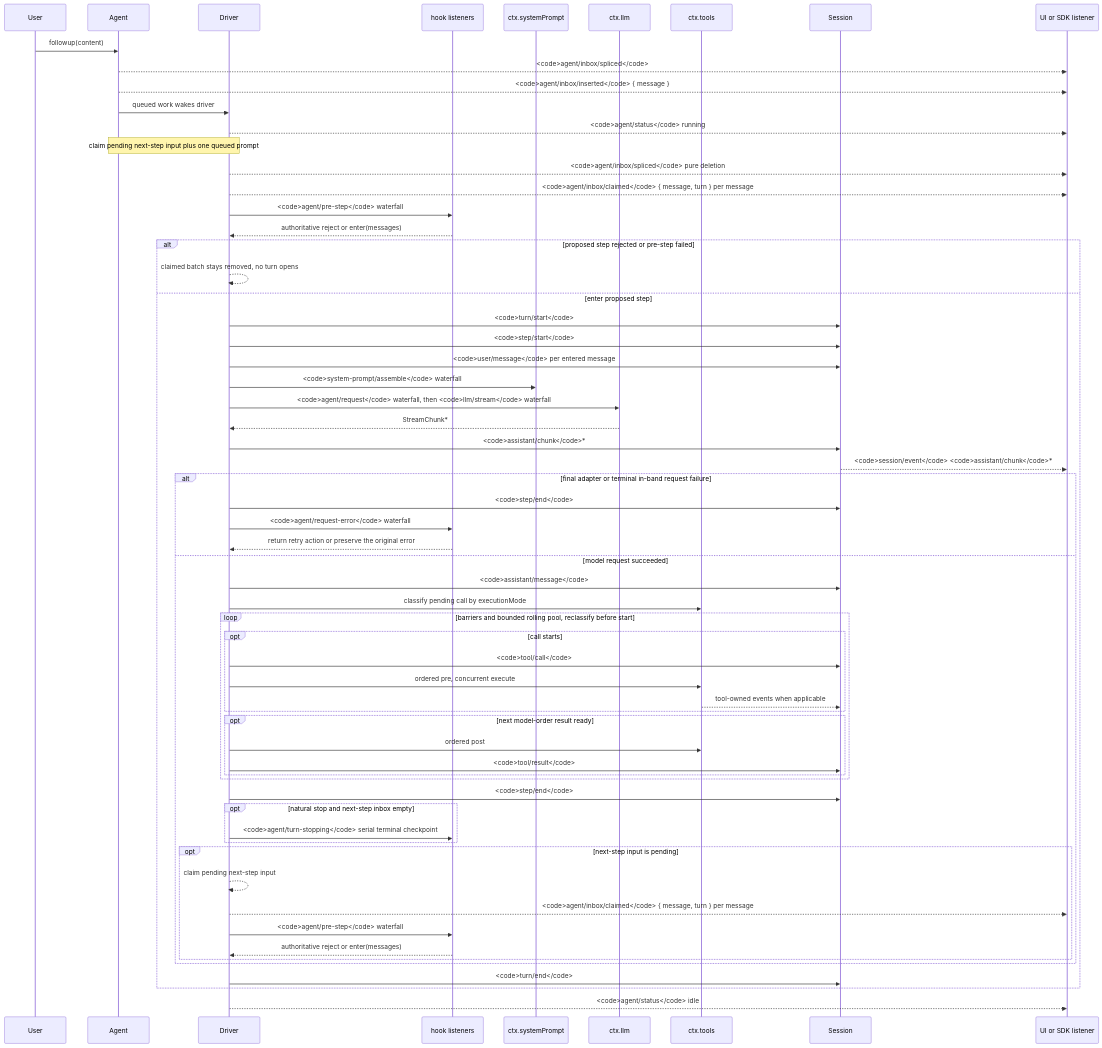
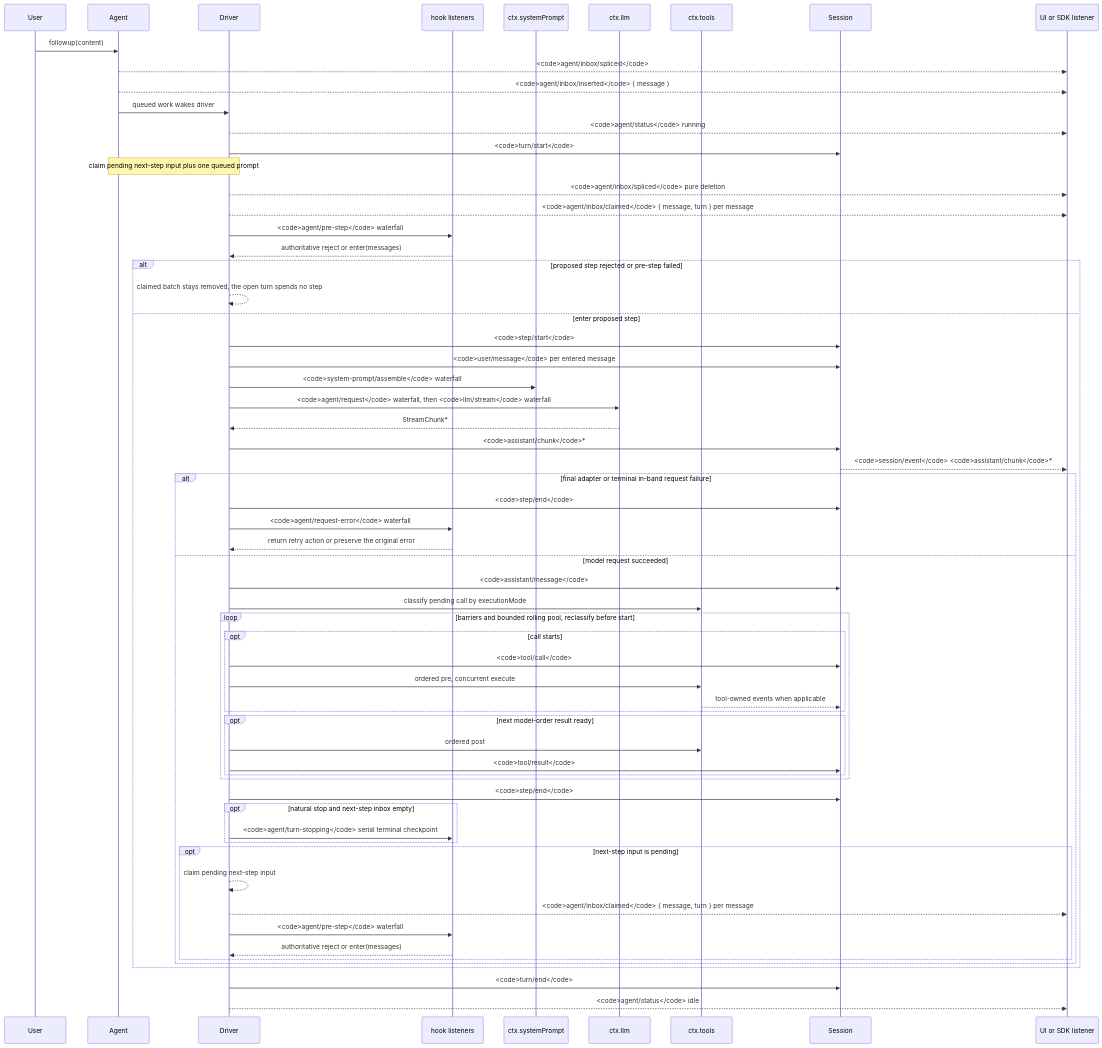
The diagram in docs/agent-lifecycle.md (eru123/coco-harness), drawn with Mermaid before and after one commit. The commit also changed other lines of this file and 24 other files, not shown here.

````diff
--- a/docs/agent-lifecycle.md
+++ b/docs/agent-lifecycle.md
@@ -8,65 +8,65 @@
 ```mermaid
 sequenceDiagram
   participant User
   participant Agent
   participant Driver
   participant Hooks as hook listeners
   participant Prompt as ctx.systemPrompt
   participant LLM as ctx.llm
   participant Tools as ctx.tools
   participant Session
   participant SDK as UI or SDK listener
   User->>Agent: followup(content)
   Agent-->>SDK: <code>agent/inbox/spliced</code>
   Agent-->>SDK: <code>agent/inbox/inserted</code> { message }
   Agent->>Driver: queued work wakes driver
   Driver-->>SDK: <code>agent/status</code> running
+  Driver->>Session: <code>turn/start</code>
   Note over Agent,Driver: claim pending next-step input plus one queued prompt
   Driver-->>SDK: <code>agent/inbox/spliced</code> pure deletion
   Driver-->>SDK: <code>agent/inbox/claimed</code> { message, turn } per message
   Driver->>Hooks: <code>agent/pre-step</code> waterfall
   Hooks-->>Driver: authoritative reject or enter(messages)
   alt proposed step rejected or pre-step failed
-    Driver-->>Driver: claimed batch stays removed, no turn opens
+    Driver-->>Driver: claimed batch stays removed, the open turn spends no step
   else enter proposed step
-  Driver->>Session: <code>turn/start</code>
   Driver->>Session: <code>step/start</code>
   Driver->>Session: <code>user/message</code> per entered message
   Driver->>Prompt: <code>system-prompt/assemble</code> waterfall
   Driver->>LLM: <code>agent/request</code> waterfall, then <code>llm/stream</code> waterfall
   LLM-->>Driver: StreamChunk*
   Driver->>Session: <code>assistant/chunk</code>*
   Session-->>SDK: <code>session/event</code> <code>assistant/chunk</code>*
   alt final adapter or terminal in-band request failure
     Driver->>Session: <code>step/end</code>
     Driver->>Hooks: <code>agent/request-error</code> waterfall
     Hooks-->>Driver: return retry action or preserve the original error
   else model request succeeded
   Driver->>Session: <code>assistant/message</code>
   Driver->>Tools: classify pending call by executionMode
   loop barriers and bounded rolling pool, reclassify before start
     opt call starts
       Driver->>Session: <code>tool/call</code>
       Driver->>Tools: ordered pre, concurrent execute
       Tools-->>Session: tool-owned events when applicable
     end
     opt next model-order result ready
       Driver->>Tools: ordered post
       Driver->>Session: <code>tool/result</code>
     end
   end
   Driver->>Session: <code>step/end</code>
   opt natural stop and next-step inbox empty
     Driver->>Hooks: <code>agent/turn-stopping</code> serial terminal checkpoint
   end
   opt next-step input is pending
     Driver-->>Driver: claim pending next-step input
     Driver-->>SDK: <code>agent/inbox/claimed</code> { message, turn } per message
     Driver->>Hooks: <code>agent/pre-step</code> waterfall
     Hooks-->>Driver: authoritative reject or enter(messages)
   end
   end
+  end
   Driver->>Session: <code>turn/end</code>
-  end
   Driver-->>SDK: <code>agent/status</code> idle
 ```
````
